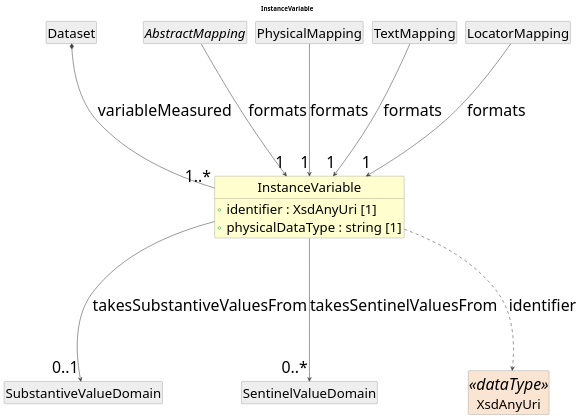
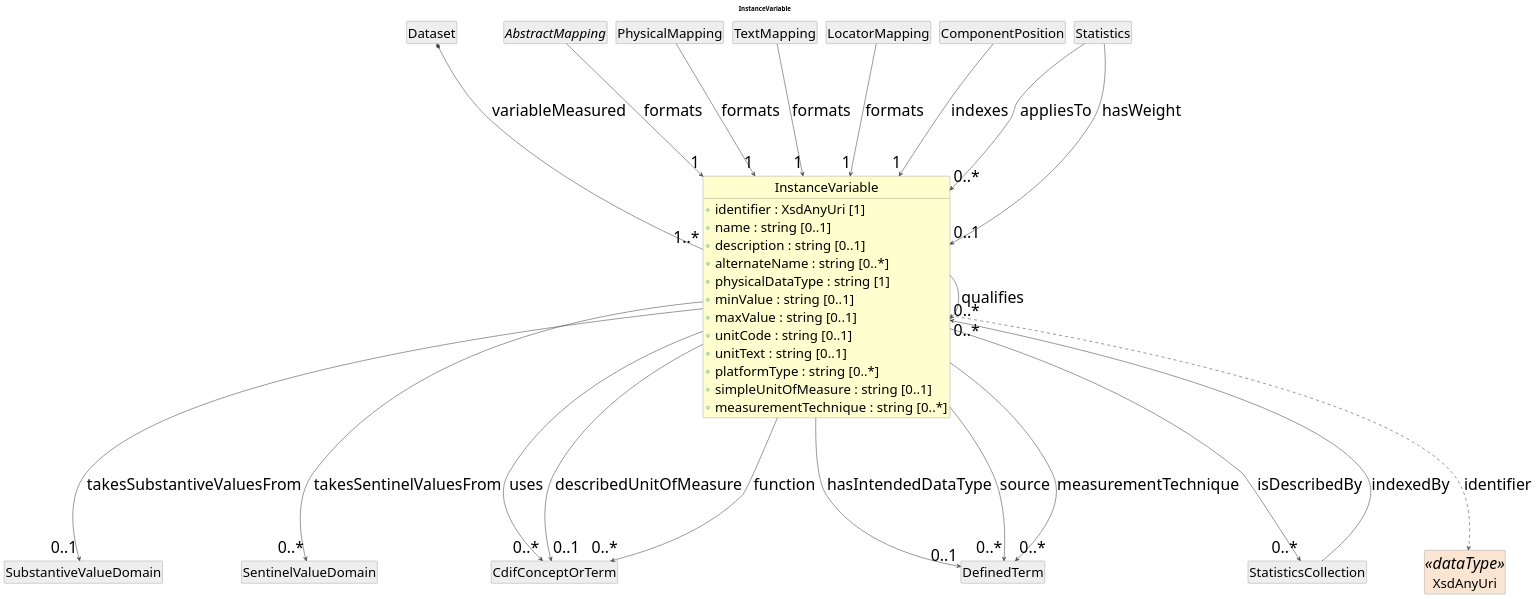
The diagram in cdif-uml-model/DiscoveryDataDescriptionStructure/Classes/InstanceVariable.pu (Cross-Domain-Interoperability-Framework/metadataBuildingBlocks), drawn with PlantUML before and after one commit. The commit also changed 485 other files, not shown here.

First line of the commit message:
Regenerate model browser: DataDescription + Manifest + Provenance restoration

```diff
--- a/cdif-uml-model/DiscoveryDataDescriptionStructure/Classes/InstanceVariable.pu
+++ b/cdif-uml-model/DiscoveryDataDescriptionStructure/Classes/InstanceVariable.pu
@@ -1,38 +1,65 @@
 @startuml
 title InstanceVariable
 hide circle
 hide empty members
 skinparam shadowing false
 skinparam ArrowThickness 1.2
 skinparam ranksep 250
 skinparam nodesep 20
 skinparam defaultFontSize 36
 skinparam class {
   ArrowColor #404040
   BorderColor #404040
   FontSize 36
   AttributeFontSize 30
 }
 
 class "InstanceVariable" as InstanceVariable #FEFECE {
   +identifier : XsdAnyUri [1]
+  +name : string [0..1]
+  +description : string [0..1]
+  +alternateName : string [0..*]
   +physicalDataType : string [1]
+  +minValue : string [0..1]
+  +maxValue : string [0..1]
+  +unitCode : string [0..1]
+  +unitText : string [0..1]
+  +platformType : string [0..*]
+  +simpleUnitOfMeasure : string [0..1]
+  +measurementTechnique : string [0..*]
 }
 class "Dataset" as Dataset #EEEEEE
 Dataset *-- "1..*" InstanceVariable : variableMeasured
 class "SubstantiveValueDomain" as SubstantiveValueDomain #EEEEEE
 InstanceVariable --> "0..1" SubstantiveValueDomain : takesSubstantiveValuesFrom
 class "SentinelValueDomain" as SentinelValueDomain #EEEEEE
 InstanceVariable --> "0..*" SentinelValueDomain : takesSentinelValuesFrom
+class "CdifConceptOrTerm" as CdifConceptOrTerm #EEEEEE
+InstanceVariable --> "0..*" CdifConceptOrTerm : uses
+class "DefinedTerm" as DefinedTerm #EEEEEE
+InstanceVariable --> "0..1" DefinedTerm : hasIntendedDataType
+InstanceVariable --> "0..1" CdifConceptOrTerm : describedUnitOfMeasure
+InstanceVariable --> "0..*" CdifConceptOrTerm : function
+InstanceVariable --> "0..*" InstanceVariable : qualifies
+class "StatisticsCollection" as StatisticsCollection #EEEEEE
+InstanceVariable --> "0..*" StatisticsCollection : isDescribedBy
+InstanceVariable --> "0..*" DefinedTerm : source
+InstanceVariable --> "0..*" DefinedTerm : measurementTechnique
 abstract class "AbstractMapping" as AbstractMapping #EEEEEE
 AbstractMapping --> "1" InstanceVariable : formats
 class "PhysicalMapping" as PhysicalMapping #EEEEEE
 PhysicalMapping --> "1" InstanceVariable : formats
 class "TextMapping" as TextMapping #EEEEEE
 TextMapping --> "1" InstanceVariable : formats
 class "LocatorMapping" as LocatorMapping #EEEEEE
 LocatorMapping --> "1" InstanceVariable : formats
+class "ComponentPosition" as ComponentPosition #EEEEEE
+ComponentPosition --> "1" InstanceVariable : indexes
+class "Statistics" as Statistics #EEEEEE
+Statistics --> "0..*" InstanceVariable : appliesTo
+Statistics --> "0..1" InstanceVariable : hasWeight
+StatisticsCollection --> "0..*" InstanceVariable : indexedBy
 class "XsdAnyUri" as XsdAnyUri <<dataType>> #FAE5D3
 InstanceVariable ..> XsdAnyUri : identifier
 
 @enduml
```
